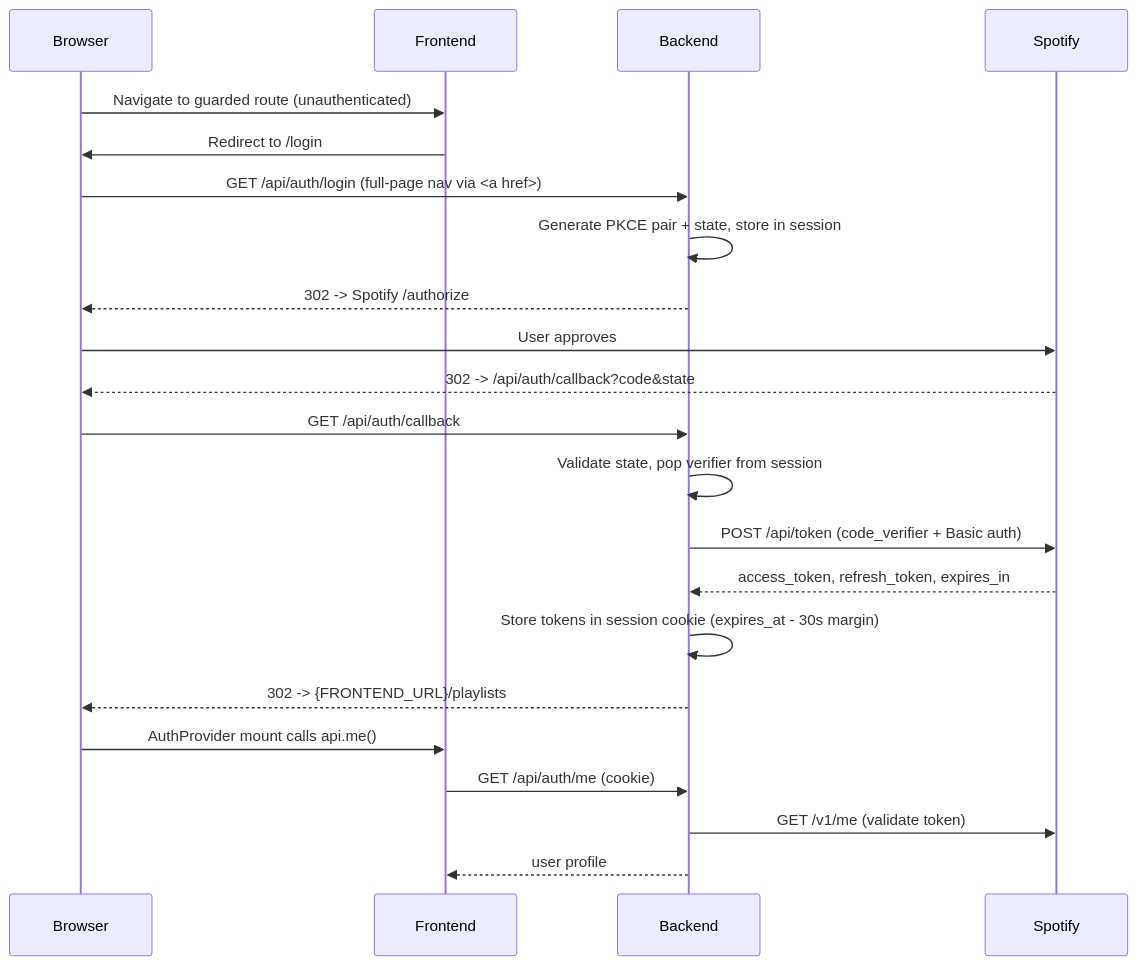
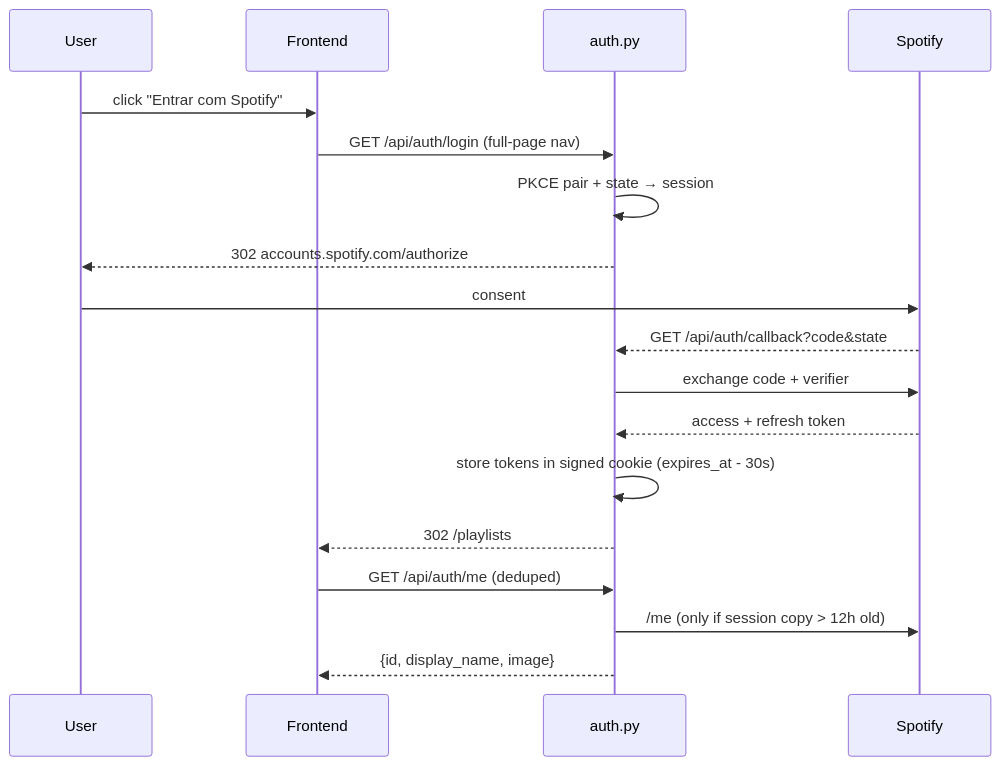
The second of 5 diagrams in docs/CODEBASE_MAP.md (HuananCanova/playlist-classifier), drawn with Mermaid before and after one commit. The commit also changed other lines of this file and 1 other file, not shown here.

Commit message:
Atualiza README e mapa do código com o perfil e as fontes atuais

````diff
--- a/docs/CODEBASE_MAP.md
+++ b/docs/CODEBASE_MAP.md
@@ -303,25 +464,21 @@
 ```mermaid
 sequenceDiagram
-    participant Browser
-    participant Frontend
-    participant Backend
-    participant Spotify
+    participant U as User
+    participant FE as Frontend
+    participant BE as auth.py
+    participant S as Spotify
 
-    Browser->>Frontend: Navigate to guarded route (unauthenticated)
-    Frontend->>Browser: Redirect to /login
-    Browser->>Backend: GET /api/auth/login (full-page nav via <a href>)
-    Backend->>Backend: Generate PKCE pair + state, store in session
-    Backend-->>Browser: 302 -> Spotify /authorize
-    Browser->>Spotify: User approves
-    Spotify-->>Browser: 302 -> /api/auth/callback?code&state
-    Browser->>Backend: GET /api/auth/callback
-    Backend->>Backend: Validate state, pop verifier from session
-    Backend->>Spotify: POST /api/token (code_verifier + Basic auth)
-    Spotify-->>Backend: access_token, refresh_token, expires_in
-    Backend->>Backend: Store tokens in session cookie (expires_at - 30s margin)
-    Backend-->>Browser: 302 -> {FRONTEND_URL}/playlists
-    Browser->>Frontend: AuthProvider mount calls api.me()
-    Frontend->>Backend: GET /api/auth/me (cookie)
-    Backend->>Spotify: GET /v1/me (validate token)
-    Backend-->>Frontend: user profile
+    U->>FE: click "Entrar com Spotify"
+    FE->>BE: GET /api/auth/login (full-page nav)
+    BE->>BE: PKCE pair + state → session
+    BE-->>U: 302 accounts.spotify.com/authorize
+    U->>S: consent
+    S-->>BE: GET /api/auth/callback?code&state
+    BE->>S: exchange code + verifier
+    S-->>BE: access + refresh token
+    BE->>BE: store tokens in signed cookie (expires_at - 30s)
+    BE-->>FE: 302 /playlists
+    FE->>BE: GET /api/auth/me (deduped)
+    BE->>S: /me (only if session copy > 12h old)
+    BE-->>FE: {id, display_name, image}
 ```
````
